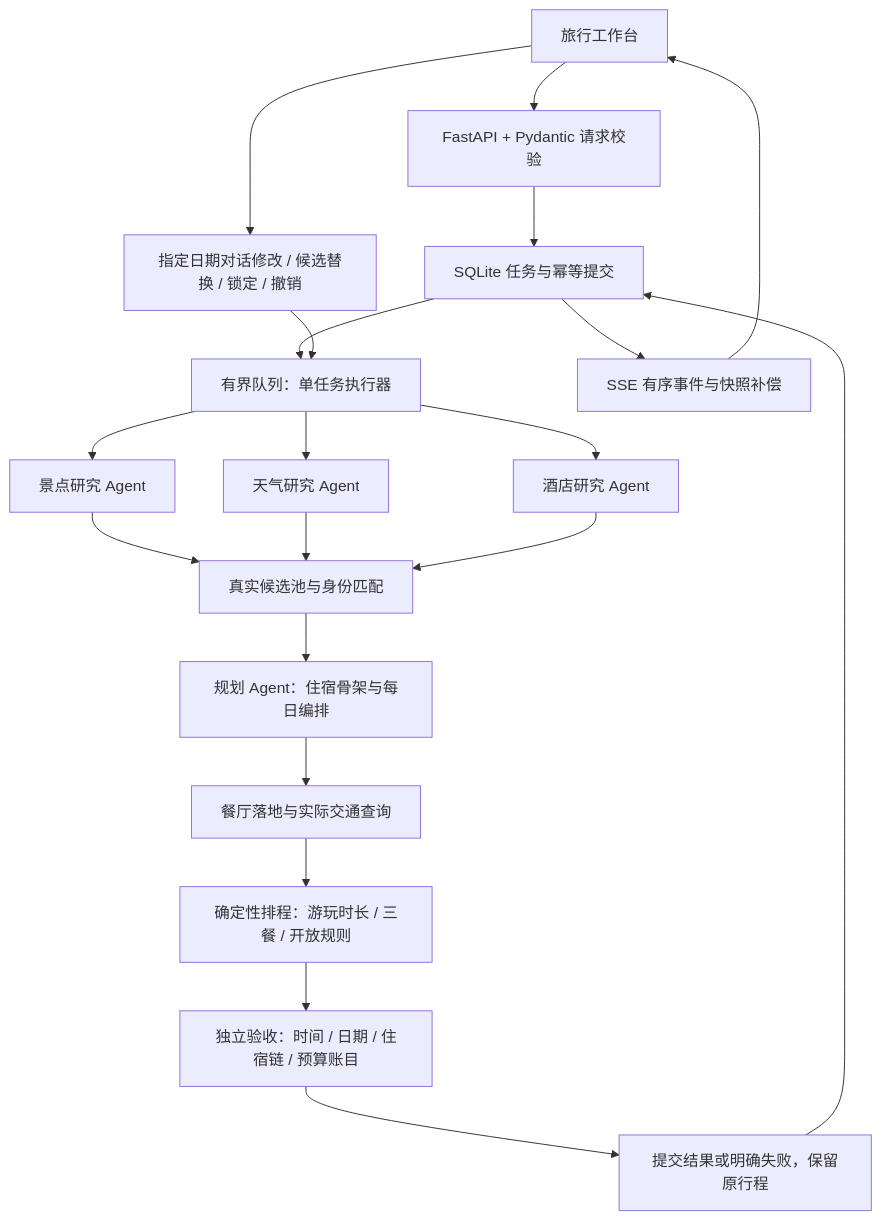
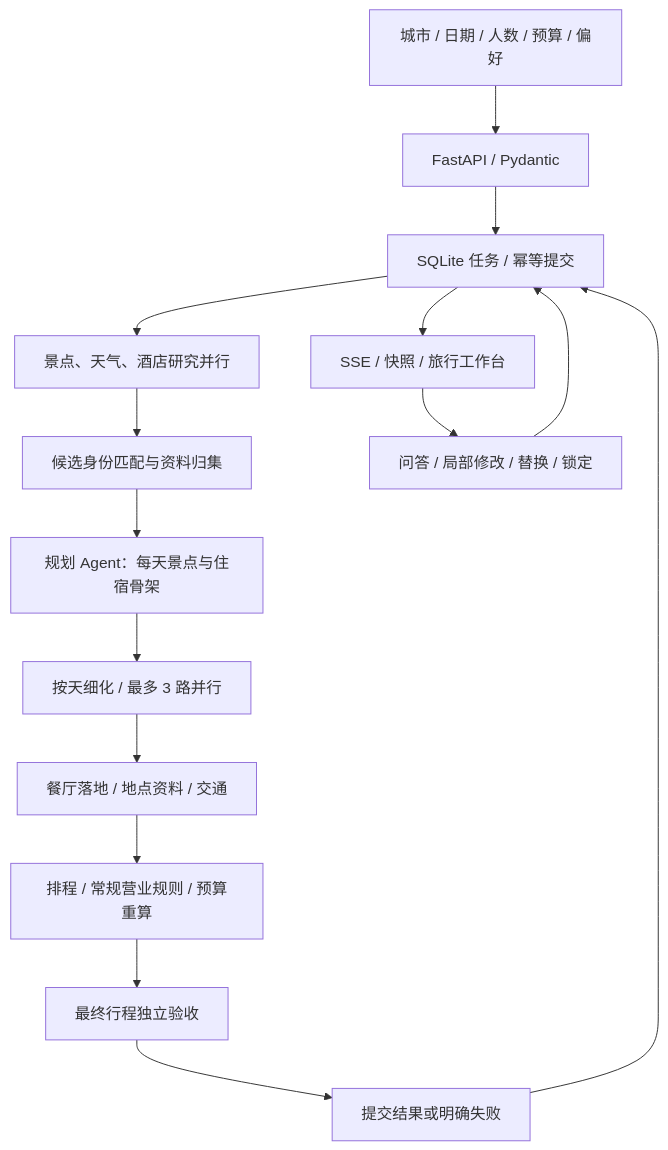
The diagram in docs/架构与取舍.md (CB-12345/roam-travel-agent), drawn with Mermaid before and after one commit. The commit also changed other lines of this file and 24 other files, not shown here.

````diff
--- a/docs/架构与取舍.md
+++ b/docs/架构与取舍.md
@@ -5,22 +7,17 @@
 ```mermaid
 flowchart TD
-  UI[旅行工作台] --> API[FastAPI + Pydantic 请求校验]
-  API --> TASK[SQLite 任务与幂等提交]
-  TASK --> WORKER[有界队列：单任务执行器]
-  WORKER --> A[景点研究 Agent]
-  WORKER --> W[天气研究 Agent]
-  WORKER --> H[酒店研究 Agent]
-  A --> POOL[真实候选池与身份匹配]
-  W --> POOL
-  H --> POOL
-  POOL --> PLAN[规划 Agent：住宿骨架与每日编排]
-  PLAN --> GROUND[餐厅落地与实际交通查询]
-  GROUND --> RULE[确定性排程：游玩时长 / 三餐 / 开放规则]
-  RULE --> AUDIT[独立验收：时间 / 日期 / 住宿链 / 预算账目]
-  AUDIT --> RESULT[提交结果或明确失败，保留原行程]
-  RESULT --> TASK
-  TASK --> SSE[SSE 有序事件与快照补偿]
-  SSE --> UI
-  UI --> EDIT[指定日期对话修改 / 候选替换 / 锁定 / 撤销]
-  EDIT --> WORKER
+    INPUT[城市 / 日期 / 人数 / 预算 / 偏好] --> API[FastAPI / Pydantic]
+    API --> TASK[SQLite 任务 / 幂等提交]
+    TASK --> RESEARCH[景点、天气、酒店研究并行]
+    RESEARCH --> POOL[候选身份匹配与资料归集]
+    POOL --> SKELETON[规划 Agent：每天景点与住宿骨架]
+    SKELETON --> DAYS[按天细化 / 最多 3 路并行]
+    DAYS --> GROUND[餐厅落地 / 地点资料 / 交通]
+    GROUND --> RULE[排程 / 常规营业规则 / 预算重算]
+    RULE --> AUDIT[最终行程独立验收]
+    AUDIT --> RESULT[提交结果或明确失败]
+    RESULT --> TASK
+    TASK --> UI[SSE / 快照 / 旅行工作台]
+    UI --> EDIT[问答 / 局部修改 / 替换 / 锁定]
+    EDIT --> TASK
 ```
````
